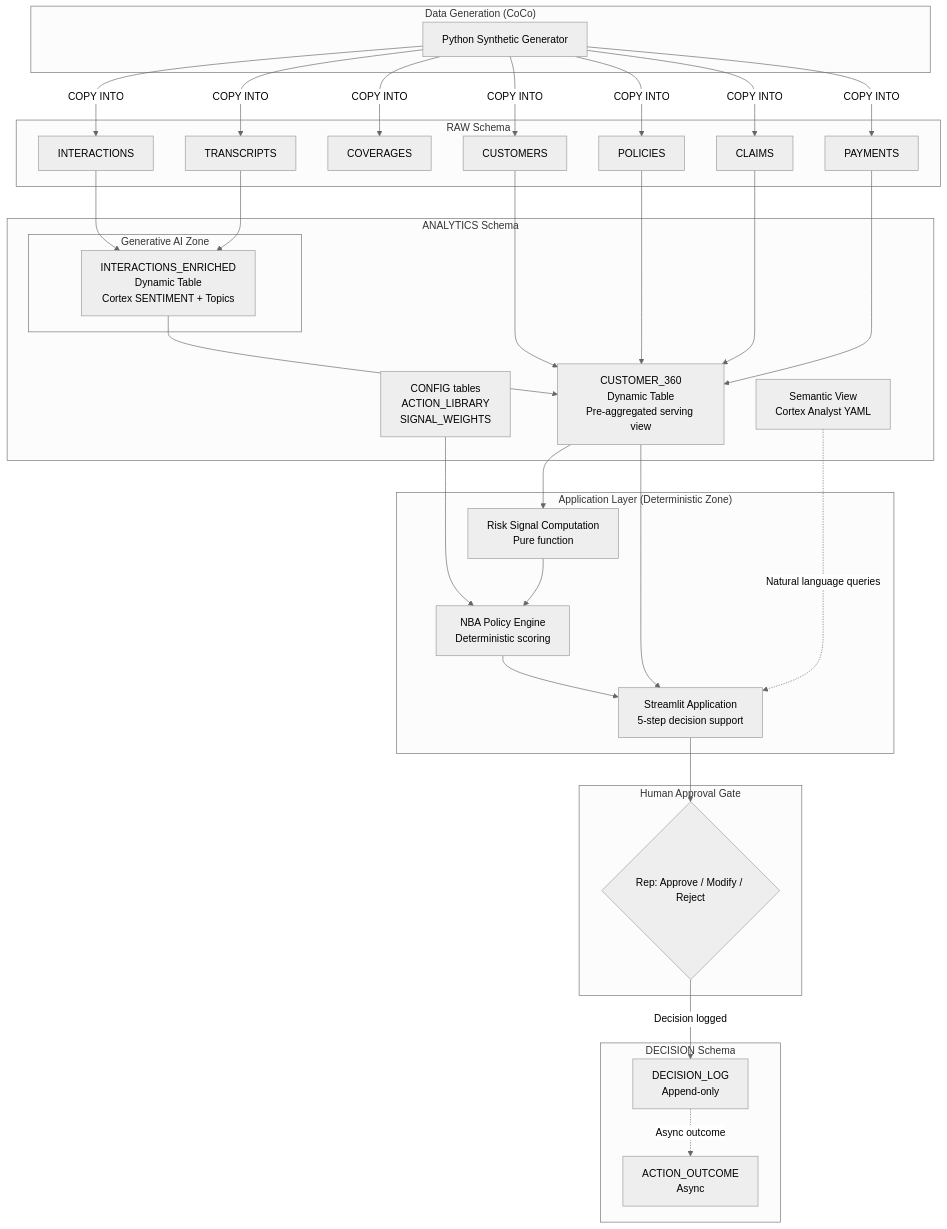
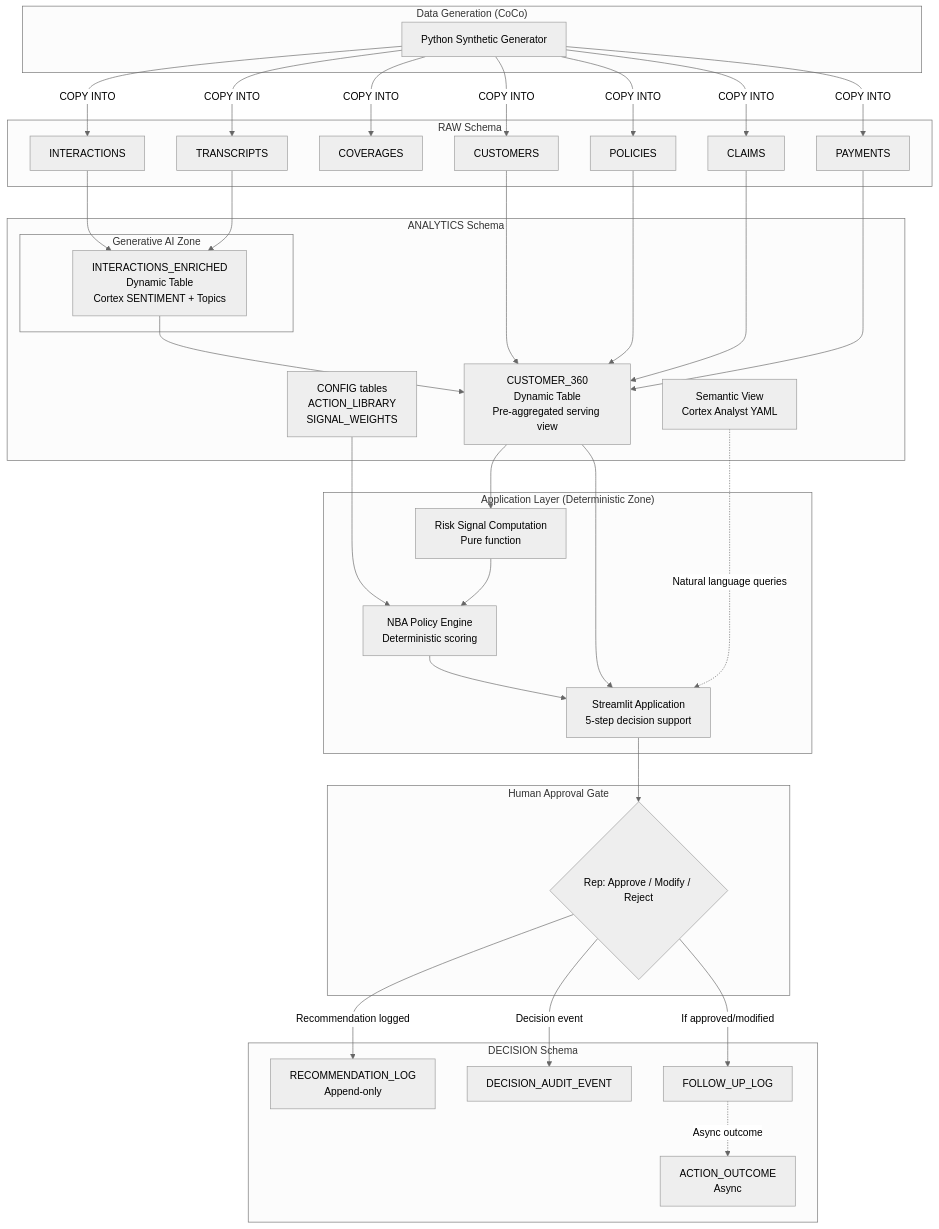
Before and after one commit to HIMANSHUTRIVEDEE/customer360-next-best-action: the diagram in docs/architecture.md, drawn with Mermaid (neutral theme). The commit also changed other lines of this file and 7 other files, not shown here.

````diff
--- a/docs/architecture.md
+++ b/docs/architecture.md
@@ -147,67 +193,71 @@
 ```mermaid
 graph TB
     subgraph "Data Generation (CoCo)"
         GEN[Python Synthetic Generator]
     end
 
     subgraph "RAW Schema"
         CUST_R[CUSTOMERS]
         POL_R[POLICIES]
         COV_R[COVERAGES]
         CLM_R[CLAIMS]
         PAY_R[PAYMENTS]
         INT_R[INTERACTIONS]
         TRX_R[TRANSCRIPTS]
     end
 
     subgraph "ANALYTICS Schema"
         subgraph "Generative AI Zone"
             ENR[INTERACTIONS_ENRICHED<br/>Dynamic Table<br/>Cortex SENTIMENT + Topics]
         end
         C360[CUSTOMER_360<br/>Dynamic Table<br/>Pre-aggregated serving view]
         CFG[CONFIG tables<br/>ACTION_LIBRARY<br/>SIGNAL_WEIGHTS]
         SEM[Semantic View<br/>Cortex Analyst YAML]
     end
 
     subgraph "Application Layer (Deterministic Zone)"
         SIG[Risk Signal Computation<br/>Pure function]
         NBA[NBA Policy Engine<br/>Deterministic scoring]
         APP[Streamlit Application<br/>5-step decision support]
     end
 
     subgraph "Human Approval Gate"
         GATE{Rep: Approve / Modify / Reject}
     end
 
     subgraph "DECISION Schema"
-        DLOG[DECISION_LOG<br/>Append-only]
+        RLOG[RECOMMENDATION_LOG<br/>Append-only]
+        AUDIT[DECISION_AUDIT_EVENT]
+        FLOG[FOLLOW_UP_LOG]
         OUTCOME[ACTION_OUTCOME<br/>Async]
     end
 
     GEN -->|COPY INTO| CUST_R
     GEN -->|COPY INTO| POL_R
     GEN -->|COPY INTO| COV_R
     GEN -->|COPY INTO| CLM_R
     GEN -->|COPY INTO| PAY_R
     GEN -->|COPY INTO| INT_R
     GEN -->|COPY INTO| TRX_R
 
     INT_R --> ENR
     TRX_R --> ENR
     ENR --> C360
     CUST_R --> C360
     POL_R --> C360
     CLM_R --> C360
     PAY_R --> C360
 
     C360 --> SIG
     CFG --> NBA
     SIG --> NBA
     NBA --> APP
     C360 --> APP
     SEM -.->|Natural language queries| APP
 
     APP --> GATE
-    GATE -->|Decision logged| DLOG
-    DLOG -.->|Async outcome| OUTCOME
+    GATE -->|Recommendation logged| RLOG
+    GATE -->|Decision event| AUDIT
+    GATE -->|If approved/modified| FLOG
+    FLOG -.->|Async outcome| OUTCOME
 ```
````
